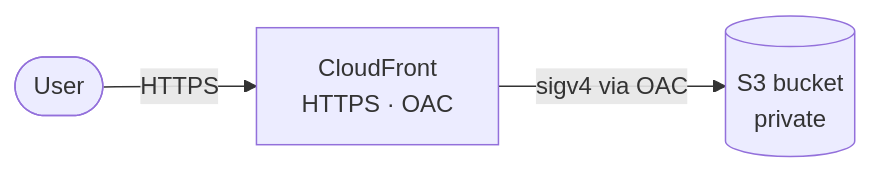
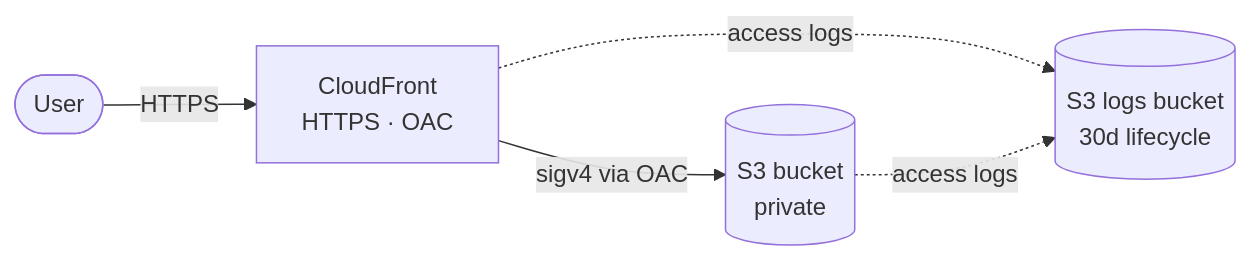
The diagram in README.md (F-Guney/terraform-aws-static-website), drawn with Mermaid before and after one commit. The commit also changed other lines of this file, not shown here.

````diff
--- a/README.md
+++ b/README.md
@@ -7,8 +7,11 @@
 ```mermaid
 flowchart LR
     user([User])
     cf[CloudFront<br/>HTTPS · OAC]
     s3[(S3 bucket<br/>private)]
+    logs[(S3 logs bucket<br/>30d lifecycle)]
     user -->|HTTPS| cf
     cf -->|sigv4 via OAC| s3
+    cf -.access logs.-> logs
+    s3 -.access logs.-> logs
 ```
````
